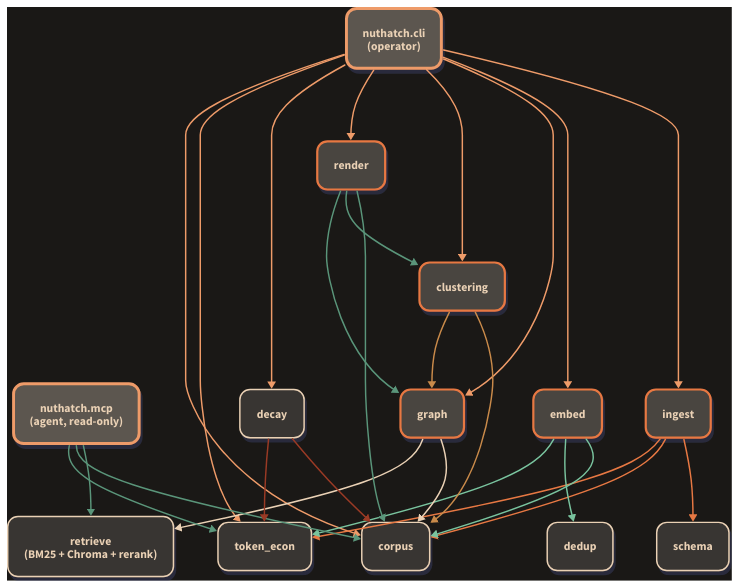
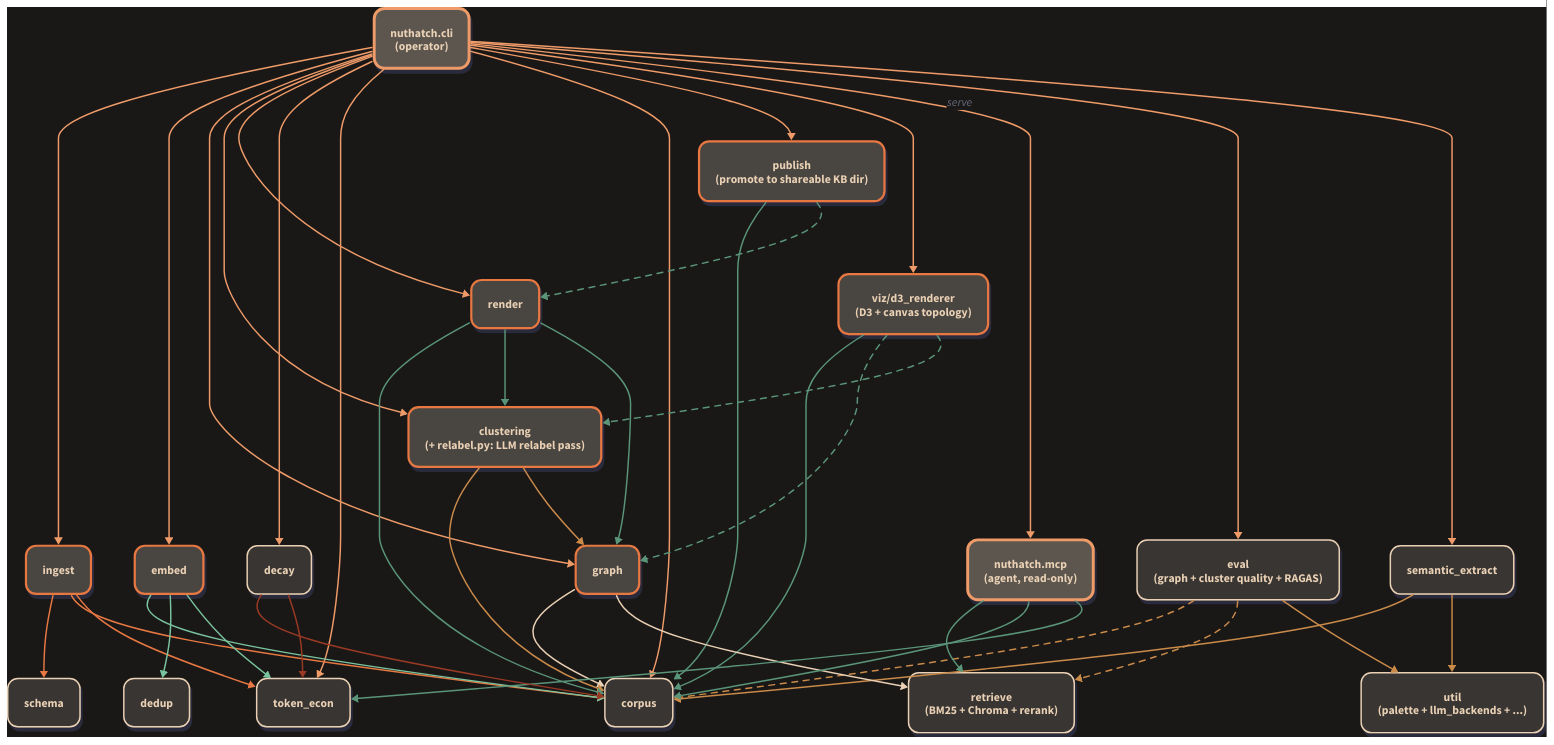
Before and after one commit to evoclock/nuthatch: the diagram in docs/architecture/nuthatch_module_graph.d2, drawn with D2. The commit also changed 3 other files, not shown here.

Commit message:
docs/architecture: data lifecycle adds serve + publish + viz d3 + --relabel-llm hook; module graph adds publish + viz + clustering/relabel + eval + semantic_extract + util

```diff
--- a/docs/architecture/nuthatch_module_graph.d2
+++ b/docs/architecture/nuthatch_module_graph.d2
@@ -1,116 +1,147 @@
 # Nuthatch module graph, D2 source.
 # Palette: thermall-power-station; edges colored per source module.
 #
 # Render via:
 #   scripts/ops/render_d2_diagrams.sh
 #
 # Edge-color key (by source module):
 #   apricot   #ee9b69 - cli (operator entry)
 #   rust      #e77843 - ingest    (matches Stage 1 in data lifecycle)
 #   sage      #79c39e - embed     (Stage 2)
 #   cream     #ead1b5 - graph     (Stage 3)
 #   ochre     #c98a4a - clustering (Stage 4)
 #   dim sage  #5a957a - render    (Stage 5) and mcp (agent read surface)
 #   brick     #9a3a25 - decay     (Sprint-8 cross-cutting)
 
 direction: down
 
 style.fill: "#1a1816"
 
 classes: {
   entry: {
     shape: rectangle
     style: {
       fill: "#5c564f"
       stroke: "#ee9b69"
       stroke-width: 4
       border-radius: 14
       shadow: true
       font-color: "#ead1b5"
       bold: true
     }
   }
   stage: {
     shape: rectangle
     style: {
       fill: "#4a4540"
       stroke: "#e77843"
       stroke-width: 3
       border-radius: 14
       shadow: true
       font-color: "#ead1b5"
       bold: true
     }
   }
   support: {
     shape: rectangle
     style: {
       fill: "#383431"
       stroke: "#ead1b5"
       stroke-width: 2
       border-radius: 14
       shadow: true
       font-color: "#ead1b5"
     }
   }
 }
 
 cli: "nuthatch.cli\n(operator)" { class: entry }
 mcp: "nuthatch.mcp\n(agent, read-only)" { class: entry }
 
 ingest_m: "ingest" { class: stage }
 embed_m: "embed" { class: stage }
 graph_m: "graph" { class: stage }
-clustering_m: "clustering" { class: stage }
+clustering_m: "clustering\n(+ relabel.py: LLM relabel pass)" { class: stage }
 render_m: "render" { class: stage }
+publish_m: "publish\n(promote to shareable KB dir)" { class: stage }
+viz_m: "viz/d3_renderer\n(D3 + canvas topology)" { class: stage }
 
 corpus: "corpus" { class: support }
 schema: "schema" { class: support }
 dedup: "dedup" { class: support }
 retrieve: "retrieve\n(BM25 + Chroma + rerank)" { class: support }
 decay: "decay" { class: support }
 token_econ: "token_econ" { class: support }
+eval: "eval\n(graph + cluster quality + RAGAS)" { class: support }
+semantic_extract: "semantic_extract" { class: support }
+util: "util\n(palette + llm_backends + ...)" { class: support }
 
 # CLI fans out to every stage + support module (apricot)
 cli -> ingest_m: "" { style.stroke: "#ee9b69"; style.stroke-width: 2 }
 cli -> embed_m: "" { style.stroke: "#ee9b69"; style.stroke-width: 2 }
 cli -> graph_m: "" { style.stroke: "#ee9b69"; style.stroke-width: 2 }
 cli -> clustering_m: "" { style.stroke: "#ee9b69"; style.stroke-width: 2 }
 cli -> render_m: "" { style.stroke: "#ee9b69"; style.stroke-width: 2 }
 cli -> decay: "" { style.stroke: "#ee9b69"; style.stroke-width: 2 }
 cli -> token_econ: "" { style.stroke: "#ee9b69"; style.stroke-width: 2 }
 cli -> corpus: "" { style.stroke: "#ee9b69"; style.stroke-width: 2 }
+cli -> publish_m: "" { style.stroke: "#ee9b69"; style.stroke-width: 2 }
+cli -> viz_m: "" { style.stroke: "#ee9b69"; style.stroke-width: 2 }
+cli -> mcp: "serve" { style.stroke: "#ee9b69"; style.stroke-width: 2 }
+cli -> eval: "" { style.stroke: "#ee9b69"; style.stroke-width: 2 }
+cli -> semantic_extract: "" { style.stroke: "#ee9b69"; style.stroke-width: 2 }
+
+# publish promotes the corpus-side surface into a destination KB.
+# It consumes cards + communities + .kg/ but does not mutate them.
+publish_m -> corpus: "" { style.stroke: "#5a957a"; style.stroke-width: 2 }
+publish_m -> render_m: "" { style.stroke: "#5a957a"; style.stroke-width: 2; style.stroke-dash: 4 }
+
+# viz reads graph + communities for a one-shot D3 render.
+viz_m -> corpus: "" { style.stroke: "#5a957a"; style.stroke-width: 2 }
+viz_m -> graph_m: "" { style.stroke: "#5a957a"; style.stroke-width: 2; style.stroke-dash: 4 }
+viz_m -> clustering_m: "" { style.stroke: "#5a957a"; style.stroke-width: 2; style.stroke-dash: 4 }
+
+# eval reads built state (corpus, graph, retrieve), produces reports.
+eval -> corpus: "" { style.stroke: "#c98a4a"; style.stroke-width: 2; style.stroke-dash: 4 }
+eval -> retrieve: "" { style.stroke: "#c98a4a"; style.stroke-width: 2; style.stroke-dash: 4 }
+eval -> util: "" { style.stroke: "#c98a4a"; style.stroke-width: 2 }
+
+# semantic_extract: per-doc topic / method / gene enrichment via LLM.
+semantic_extract -> corpus: "" { style.stroke: "#c98a4a"; style.stroke-width: 2 }
+semantic_extract -> util: "" { style.stroke: "#c98a4a"; style.stroke-width: 2 }
+
+# Cross-cutting util dependencies (kept implicit unless noted above).
 
 # Stage 1 (rust)
 ingest_m -> schema: "" { style.stroke: "#e77843"; style.stroke-width: 2 }
 ingest_m -> corpus: "" { style.stroke: "#e77843"; style.stroke-width: 2 }
 ingest_m -> token_econ: "" { style.stroke: "#e77843"; style.stroke-width: 2 }
 
 # Stage 2 (sage)
 embed_m -> corpus: "" { style.stroke: "#79c39e"; style.stroke-width: 2 }
 embed_m -> dedup: "" { style.stroke: "#79c39e"; style.stroke-width: 2 }
 embed_m -> token_econ: "" { style.stroke: "#79c39e"; style.stroke-width: 2 }
 
 # Stage 3 (cream)
 graph_m -> corpus: "" { style.stroke: "#ead1b5"; style.stroke-width: 2 }
 graph_m -> retrieve: "" { style.stroke: "#ead1b5"; style.stroke-width: 2 }
 
 # Stage 4 (ochre)
 clustering_m -> corpus: "" { style.stroke: "#c98a4a"; style.stroke-width: 2 }
 clustering_m -> graph_m: "" { style.stroke: "#c98a4a"; style.stroke-width: 2 }
 
 # Stage 5 (dim sage)
 render_m -> corpus: "" { style.stroke: "#5a957a"; style.stroke-width: 2 }
 render_m -> clustering_m: "" { style.stroke: "#5a957a"; style.stroke-width: 2 }
 render_m -> graph_m: "" { style.stroke: "#5a957a"; style.stroke-width: 2 }
 
 # MCP read surface (dim sage; shares hue with render — both are "read"
 # orchestration from a build perspective, but the entry-class fill
 # distinguishes mcp visually)
 mcp -> retrieve: "" { style.stroke: "#5a957a"; style.stroke-width: 2 }
 mcp -> corpus: "" { style.stroke: "#5a957a"; style.stroke-width: 2 }
 mcp -> token_econ: "" { style.stroke: "#5a957a"; style.stroke-width: 2 }
 
 # Decay (cross-cutting, brick)
 decay -> corpus: "" { style.stroke: "#9a3a25"; style.stroke-width: 2 }
 decay -> token_econ: "" { style.stroke: "#9a3a25"; style.stroke-width: 2 }
```
